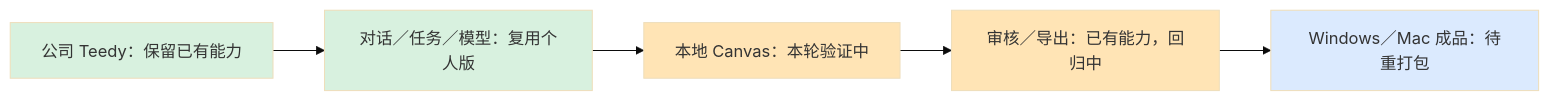
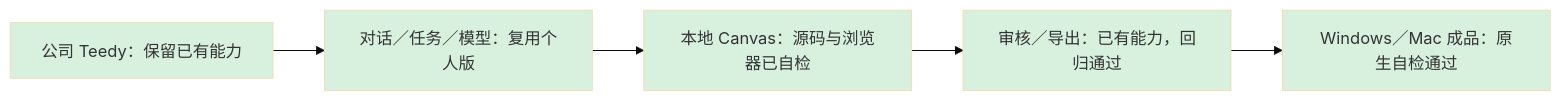
Before and after one commit to akechi0819-lgtm/creative-Agent-studio: the first of 2 diagrams in docs/工程进度.md, drawn with Mermaid (base theme). The commit also changed other lines of this file and 2 other files, not shown here.

Commit message:
Record local Canvas Company packages and final verification

````diff
--- a/docs/工程进度.md
+++ b/docs/工程进度.md
@@ -9,12 +9,12 @@
 ```mermaid
 flowchart LR
   T["公司 Teedy：保留已有能力"] --> A["对话／任务／模型：复用个人版"]
-  A --> C["本地 Canvas：本轮验证中"]
-  C --> E["审核／导出：已有能力，回归中"]
-  E --> P["Windows／Mac 成品：待重打包"]
+  A --> C["本地 Canvas：源码与浏览器已自检"]
+  C --> E["审核／导出：已有能力，回归通过"]
+  E --> P["Windows／Mac 成品：原生自检通过"]
   style T fill:#d8f1df
   style A fill:#d8f1df
-  style C fill:#ffe4b5
-  style E fill:#ffe4b5
-  style P fill:#dbeafe
+  style C fill:#d8f1df
+  style E fill:#d8f1df
+  style P fill:#d8f1df
 ```
````
